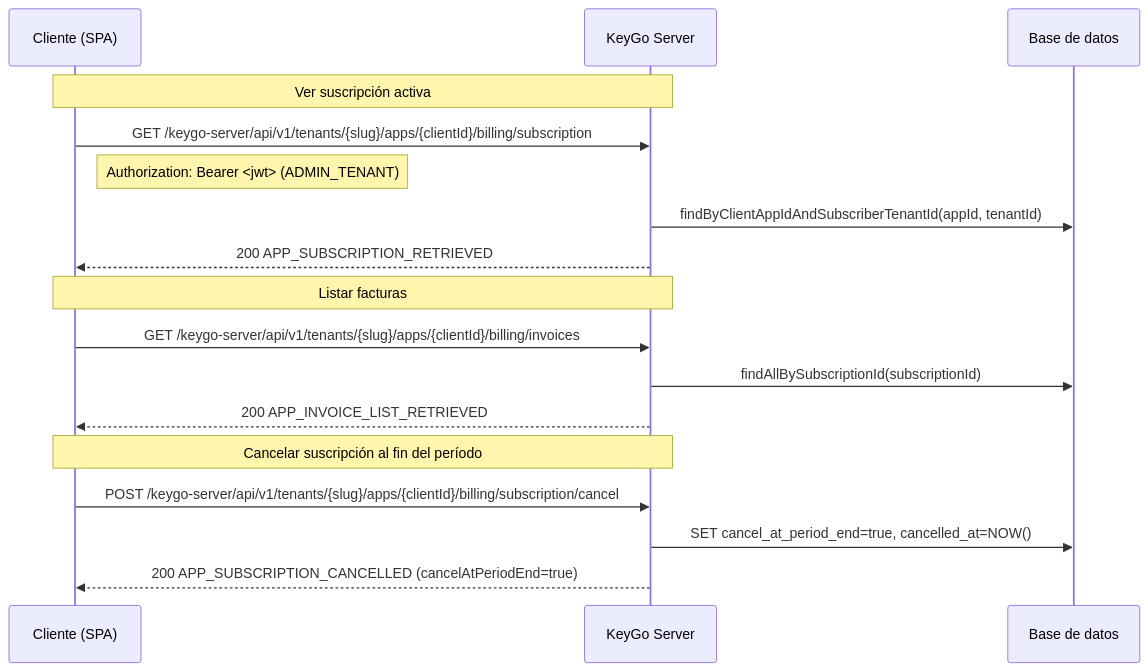
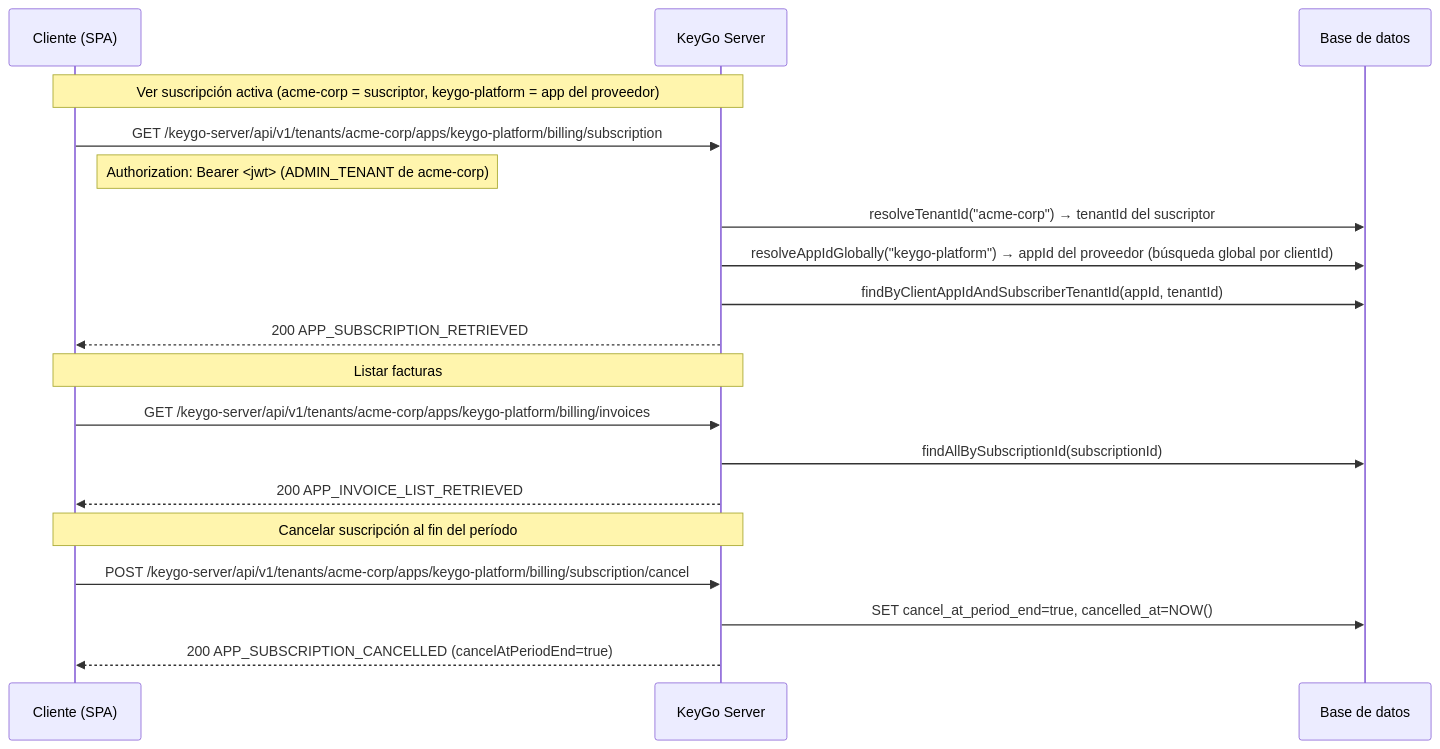
Before and after one commit to cmartinezs/keygo-server: the fifth of 6 diagrams in docs/api/BILLING_FLOW.md, drawn with Mermaid. The commit also changed other lines of this file and 28 other files, not shown here.

````diff
--- a/docs/api/BILLING_FLOW.md
+++ b/docs/api/BILLING_FLOW.md
@@ -215,22 +243,24 @@
 ```mermaid
 sequenceDiagram
     participant C as Cliente (SPA)
     participant K as KeyGo Server
     participant DB as Base de datos
 
-    Note over C,K: Ver suscripción activa
-    C->>K: GET /keygo-server/api/v1/tenants/{slug}/apps/{clientId}/billing/subscription
-    Note right of C: Authorization: Bearer <jwt> (ADMIN_TENANT)
+    Note over C,K: Ver suscripción activa (acme-corp = suscriptor, keygo-platform = app del proveedor)
+    C->>K: GET /keygo-server/api/v1/tenants/acme-corp/apps/keygo-platform/billing/subscription
+    Note right of C: Authorization: Bearer <jwt> (ADMIN_TENANT de acme-corp)
+    K->>DB: resolveTenantId("acme-corp") → tenantId del suscriptor
+    K->>DB: resolveAppIdGlobally("keygo-platform") → appId del proveedor (búsqueda global por clientId)
     K->>DB: findByClientAppIdAndSubscriberTenantId(appId, tenantId)
     K-->>C: 200 APP_SUBSCRIPTION_RETRIEVED
 
     Note over C,K: Listar facturas
-    C->>K: GET /keygo-server/api/v1/tenants/{slug}/apps/{clientId}/billing/invoices
+    C->>K: GET /keygo-server/api/v1/tenants/acme-corp/apps/keygo-platform/billing/invoices
     K->>DB: findAllBySubscriptionId(subscriptionId)
     K-->>C: 200 APP_INVOICE_LIST_RETRIEVED
 
     Note over C,K: Cancelar suscripción al fin del período
-    C->>K: POST /keygo-server/api/v1/tenants/{slug}/apps/{clientId}/billing/subscription/cancel
+    C->>K: POST /keygo-server/api/v1/tenants/acme-corp/apps/keygo-platform/billing/subscription/cancel
     K->>DB: SET cancel_at_period_end=true, cancelled_at=NOW()
     K-->>C: 200 APP_SUBSCRIPTION_CANCELLED (cancelAtPeriodEnd=true)
 ```
````
